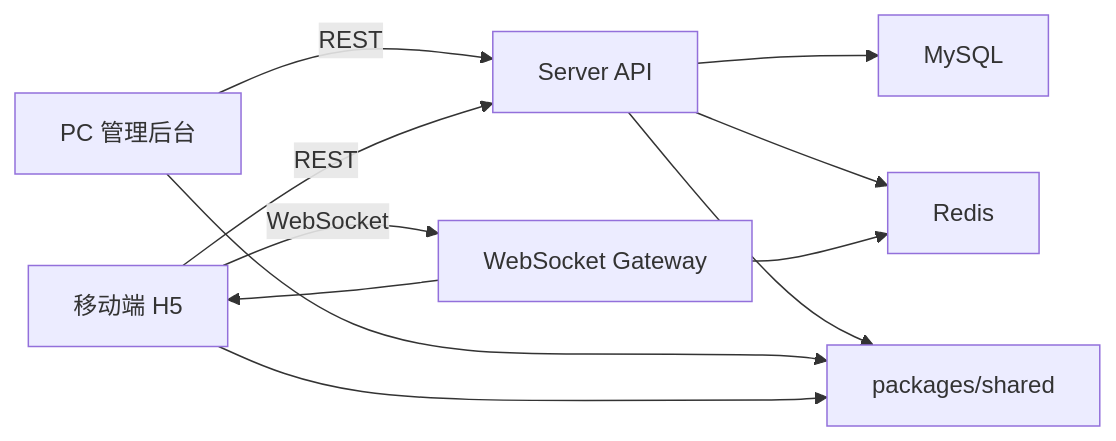
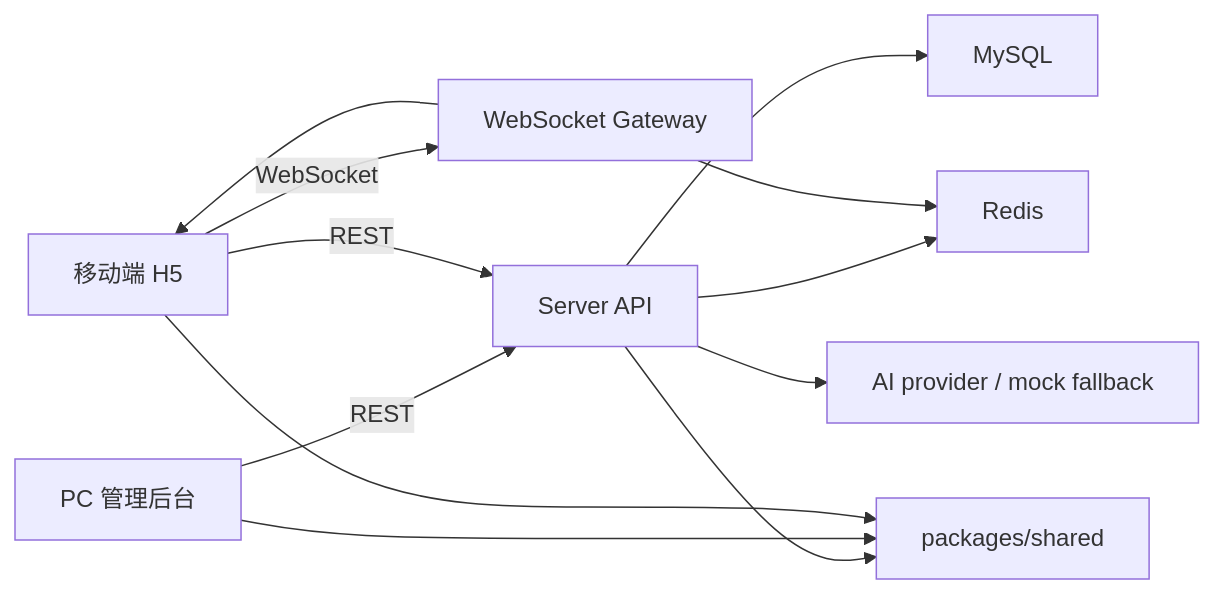
One commit to Cslearner-wjl/live-auction-system changed the first of 2 diagrams in docs/architecture.md. Above: the diagram before and after it, drawn with Mermaid. The commit also changed other lines of this file and 54 other files, not shown here.

````diff
--- a/docs/architecture.md
+++ b/docs/architecture.md
@@ -53,13 +57,14 @@
 ```mermaid
 flowchart LR
   Admin["PC 管理后台"] -->|REST| Server["Server API"]
   Mobile["移动端 H5"] -->|REST| Server
   Mobile -->|WebSocket| Gateway["WebSocket Gateway"]
   Server --> DB["MySQL"]
   Server --> Redis["Redis"]
   Gateway --> Redis
   Gateway --> Mobile
   Server --> Shared["packages/shared"]
+  Server --> AI["AI provider / mock fallback"]
   Admin --> Shared
   Mobile --> Shared
 ```
````
